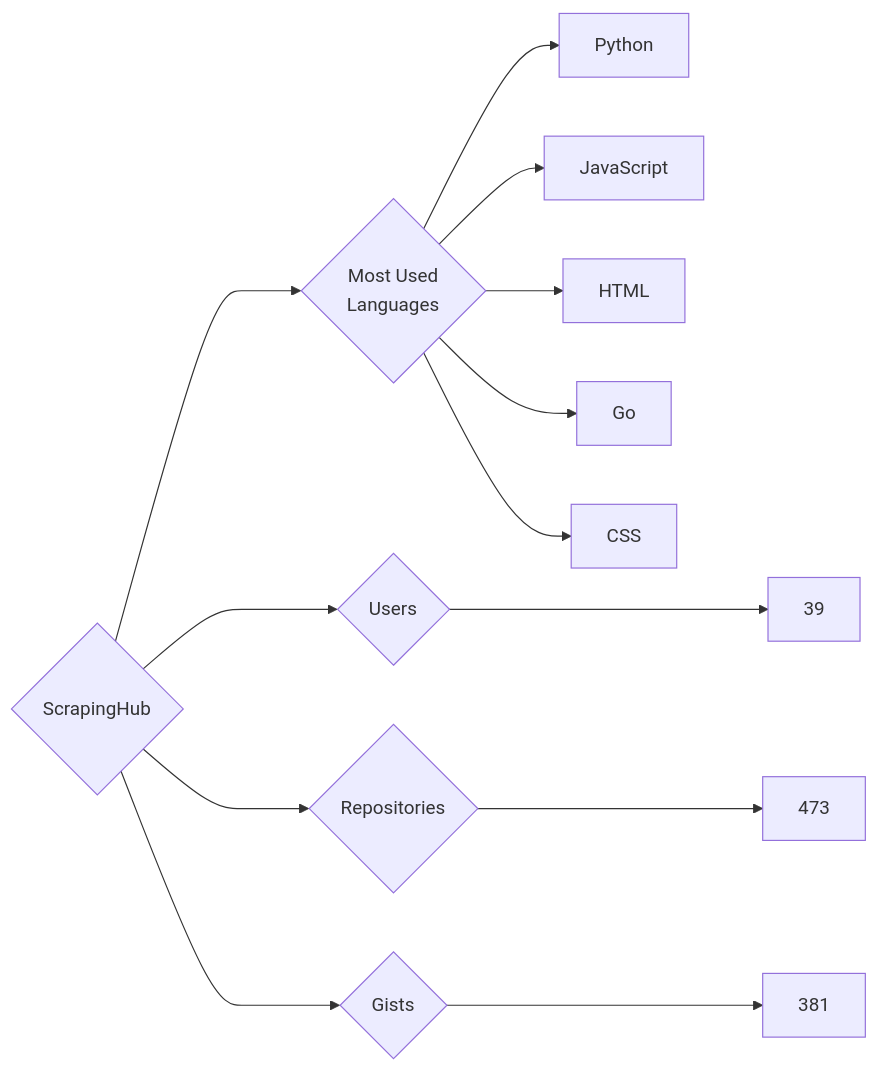
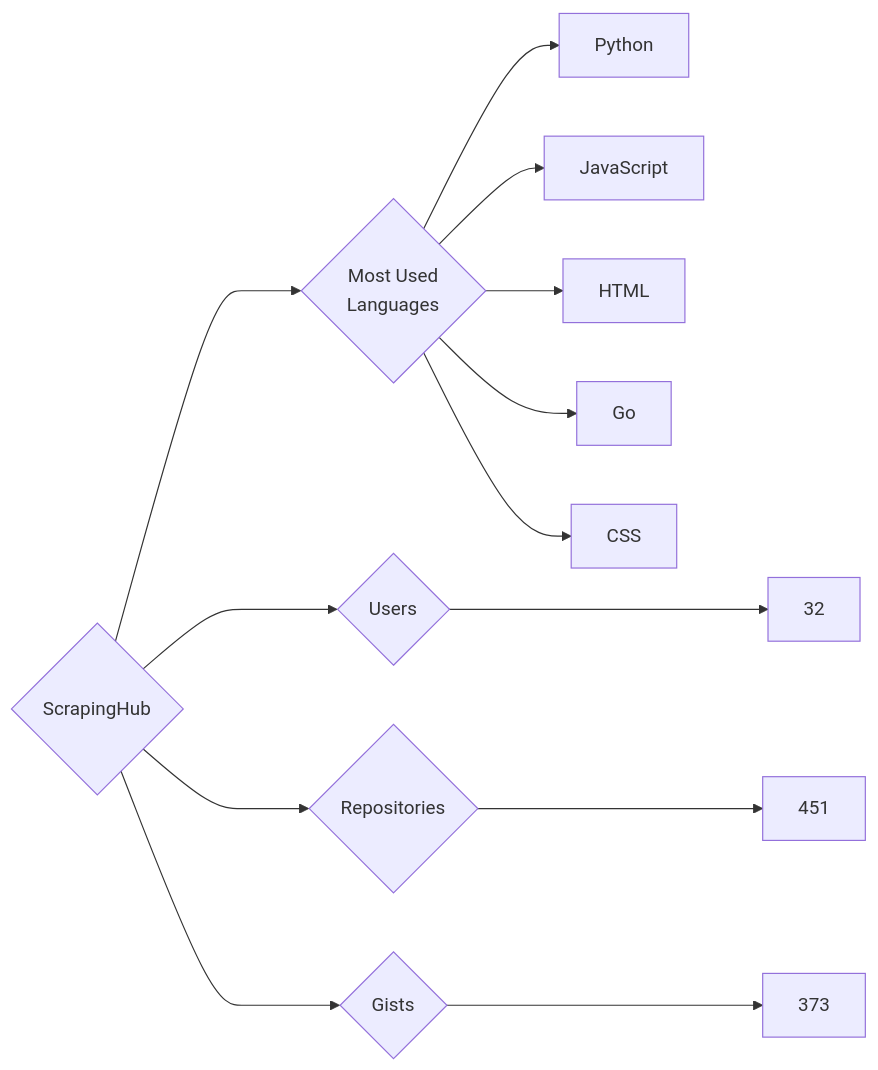
Before and after one commit to trickest/insiders: the diagram in targets/ScrapingHub/README.md, drawn with Mermaid. The commit also changed 677 other files, not shown here.

````diff
--- a/targets/ScrapingHub/README.md
+++ b/targets/ScrapingHub/README.md
@@ -3,13 +3,13 @@
 ```mermaid
 graph LR
 COMPANY_NAME{ScrapingHub}
-COMPANY_NAME ---> U{Users} ---> UN[39]
-COMPANY_NAME ---> R{Repositories} ---> RN[473]
-COMPANY_NAME ---> G{Gists} ---> GN[381]
+COMPANY_NAME ---> U{Users} ---> UN[32]
+COMPANY_NAME ---> R{Repositories} ---> RN[451]
+COMPANY_NAME ---> G{Gists} ---> GN[373]
 COMPANY_NAME ---> ML{Most Used<br>Languages}
 ML --> Python[Python]
 ML --> JavaScript[JavaScript]
 ML --> HTML[HTML]
 ML --> Go[Go]
 ML --> CSS[CSS]
 ```
````
